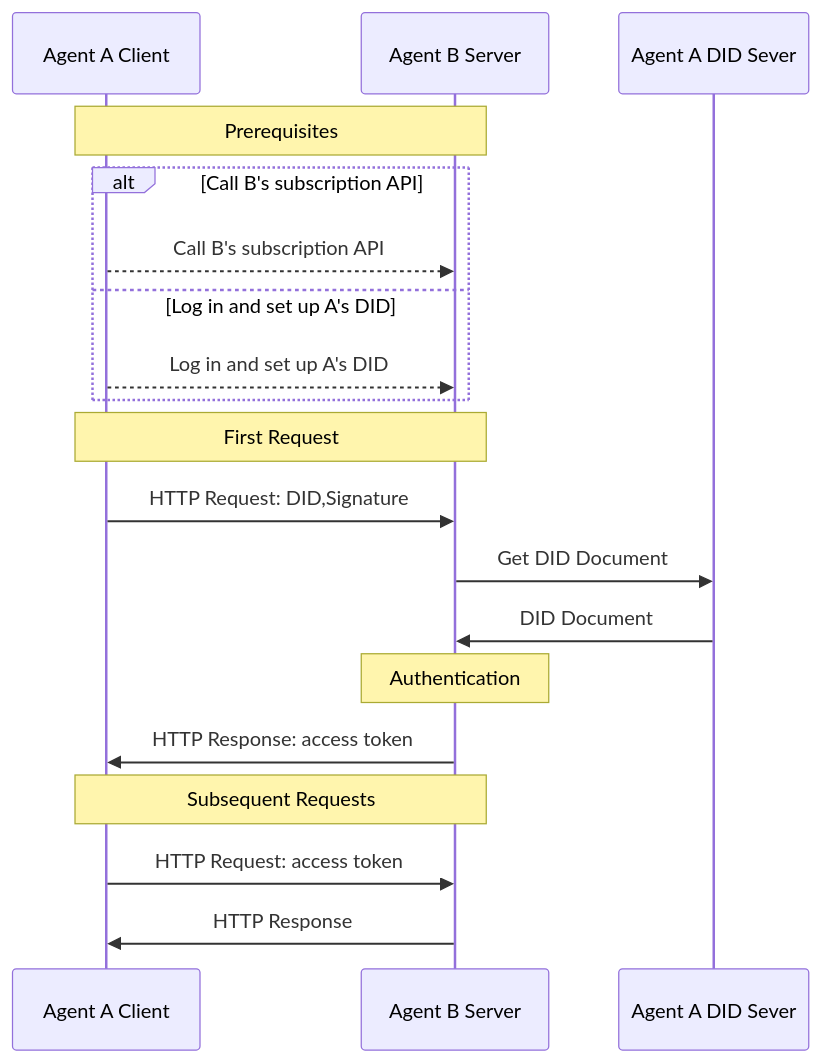
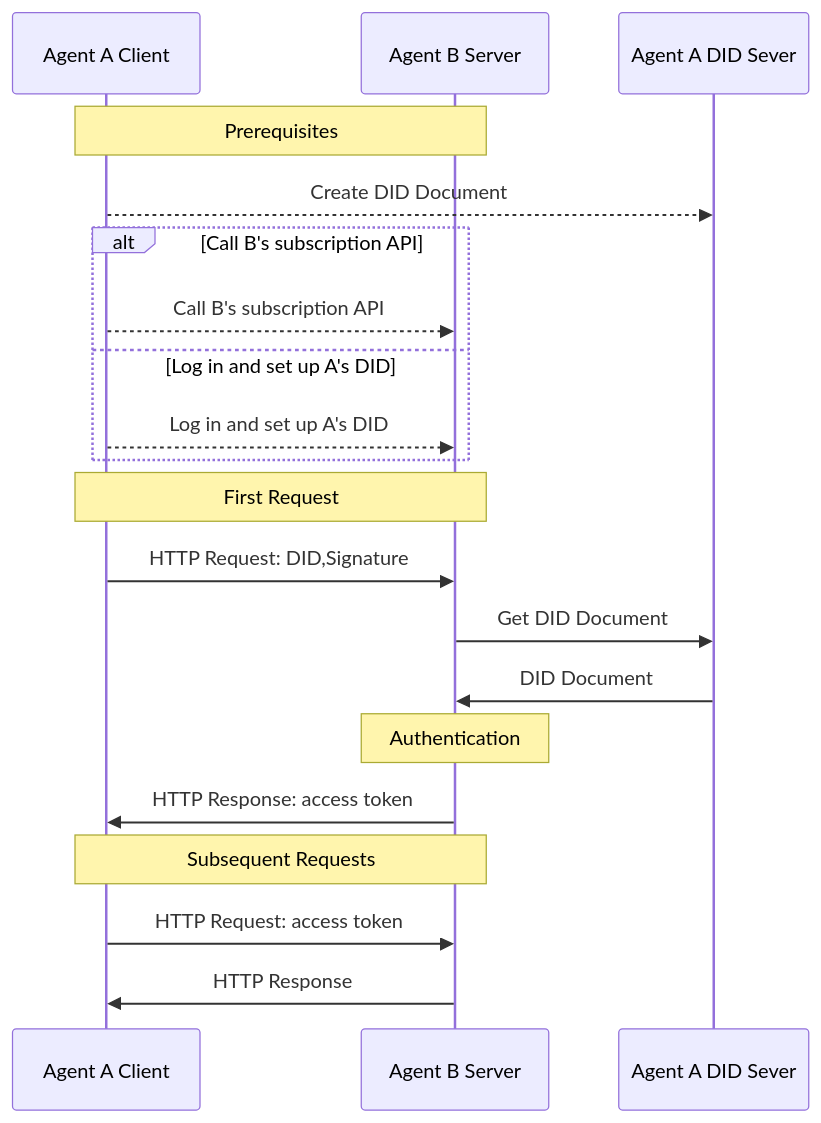
One commit to yumh1/AgentNetworkProtocol changed the diagram in blogs/did:wba, a Web-based Decentralized Identifier.md. Above: the diagram before and after it, drawn with Mermaid. The commit also changed other lines of this file and 4 other files, not shown here.

Commit message:
update did wba flow

````diff
--- a/blogs/did:wba, a Web-based Decentralized Identifier.md
+++ b/blogs/did:wba, a Web-based Decentralized Identifier.md
@@ -81,29 +81,31 @@
 ```mermaid
 sequenceDiagram
     participant Agent A Client
     participant Agent B Server 
     participant Agent A DID Sever
 
     Note over Agent A Client,Agent B Server: Prerequisites
+
+    Agent A Client -->> Agent A DID Sever: Create DID Document
 
     alt Call B's subscription API
         Agent A Client-->>Agent B Server: Call B's subscription API
     else Log in and set up A's DID
         Agent A Client-->>Agent B Server: Log in and set up A's DID
     end
 
     Note over Agent A Client,Agent B Server: First Request
 
     Agent A Client->>Agent B Server: HTTP Request: DID,Signature
     Agent B Server->>Agent A DID Sever: Get DID Document
     Agent A DID Sever->>Agent B Server: DID Document
 
     Note over Agent B Server: Authentication
 
     Agent B Server->>Agent A Client: HTTP Response: access token
 
     Note over Agent A Client, Agent B Server: Subsequent Requests
 
     Agent A Client->>Agent B Server: HTTP Request: access token
     Agent B Server->>Agent A Client: HTTP Response
 ```
````
